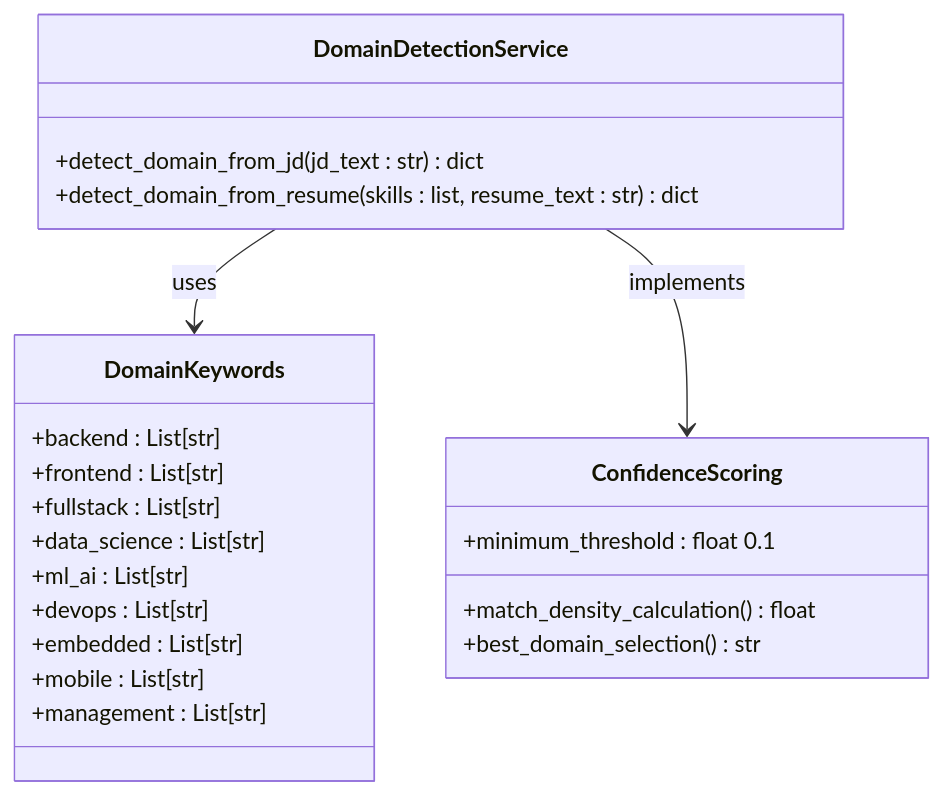
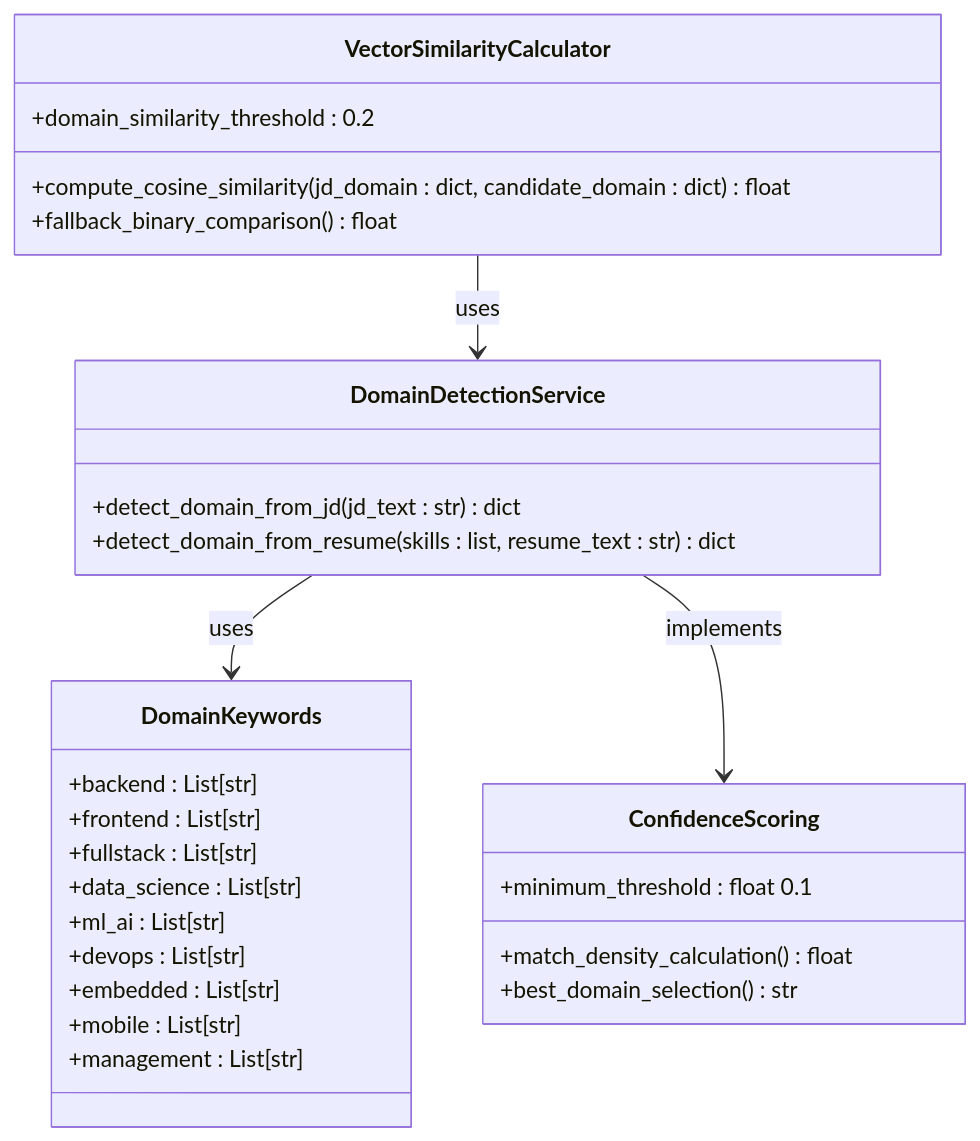
The second of 6 diagrams in .qoder/repowiki/en/content/Analysis Engine/Domain Detection Service.md (Revanththetalogics/aireume), drawn with Mermaid before and after one commit. The commit also changed other lines of this file and 41 other files, not shown here.

````diff
--- a/.qoder/repowiki/en/content/Analysis Engine/Domain Detection Service.md
+++ b/.qoder/repowiki/en/content/Analysis Engine/Domain Detection Service.md
@@ -84,25 +101,31 @@
 ```mermaid
 classDiagram
 class DomainDetectionService {
 +detect_domain_from_jd(jd_text : str) dict
 +detect_domain_from_resume(skills : list, resume_text : str) dict
+}
+class VectorSimilarityCalculator {
++compute_cosine_similarity(jd_domain : dict, candidate_domain : dict) float
++domain_similarity_threshold : 0.2
++fallback_binary_comparison() float
 }
 class DomainKeywords {
 +backend : List[str]
 +frontend : List[str]
 +fullstack : List[str]
 +data_science : List[str]
 +ml_ai : List[str]
 +devops : List[str]
 +embedded : List[str]
 +mobile : List[str]
 +management : List[str]
 }
 class ConfidenceScoring {
 +minimum_threshold : float 0.1
 +match_density_calculation() float
 +best_domain_selection() str
 }
 DomainDetectionService --> DomainKeywords : uses
 DomainDetectionService --> ConfidenceScoring : implements
+VectorSimilarityCalculator --> DomainDetectionService : uses
 ```
````
